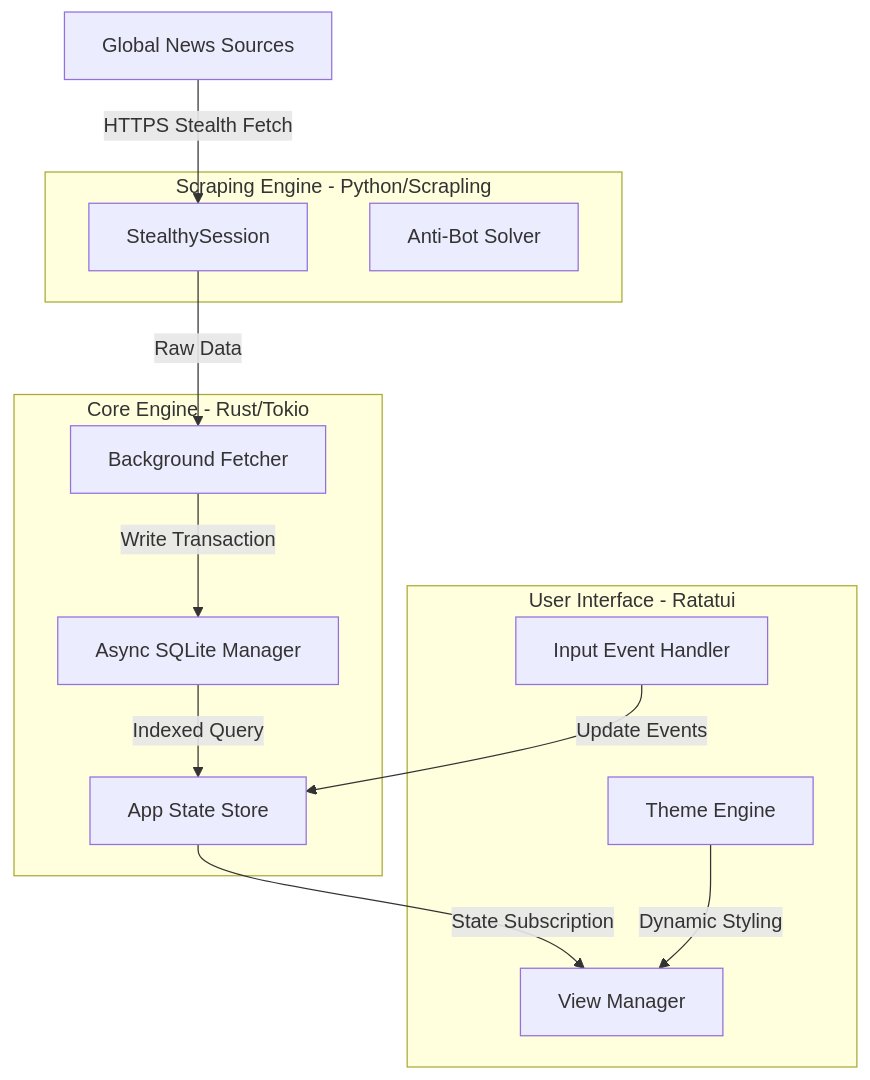
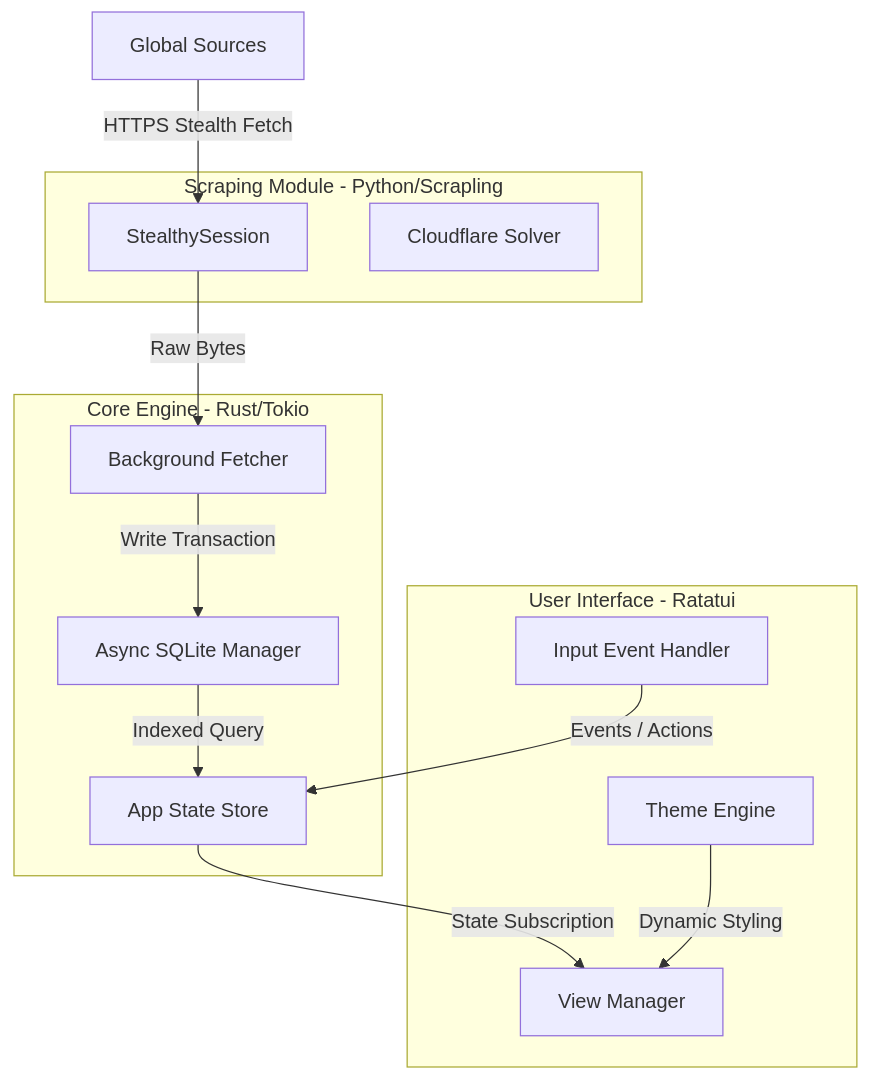
One commit to rivadmorin/Ultra-Fast-Millisecond-News-TUI-in-Rust changed the diagram in README.md. Above: the diagram before and after it, drawn with Mermaid. The commit also changed other lines of this file and 9 other files, not shown here.

First line of the commit message:
feat: ultimate production build with 100+ sources, stealth scraping, and browser integration

````diff
--- a/README.md
+++ b/README.md
@@ -48,27 +38,27 @@
 ```mermaid
 graph TD
     subgraph UI_Layer [User Interface - Ratatui]
         A[View Manager]
         B[Theme Engine]
         C[Input Event Handler]
     end
 
     subgraph Logic_Layer [Core Engine - Rust/Tokio]
         D[App State Store]
         E[Background Fetcher]
         F[Async SQLite Manager]
     end
 
-    subgraph Stealth_Module [Scraping Engine - Python/Scrapling]
+    subgraph Stealth_Module [Scraping Module - Python/Scrapling]
         G[StealthySession]
-        H[Anti-Bot Solver]
+        H[Cloudflare Solver]
     end
 
-    I[Global News Sources] -->|HTTPS Stealth Fetch| G
-    G -->|Raw Data| E
+    I[Global Sources] -->|HTTPS Stealth Fetch| G
+    G -->|Raw Bytes| E
     E -->|Write Transaction| F
     F -->|Indexed Query| D
     D -->|State Subscription| A
     B -->|Dynamic Styling| A
-    C -->|Update Events| D
+    C -->|Events / Actions| D
 ```
````
